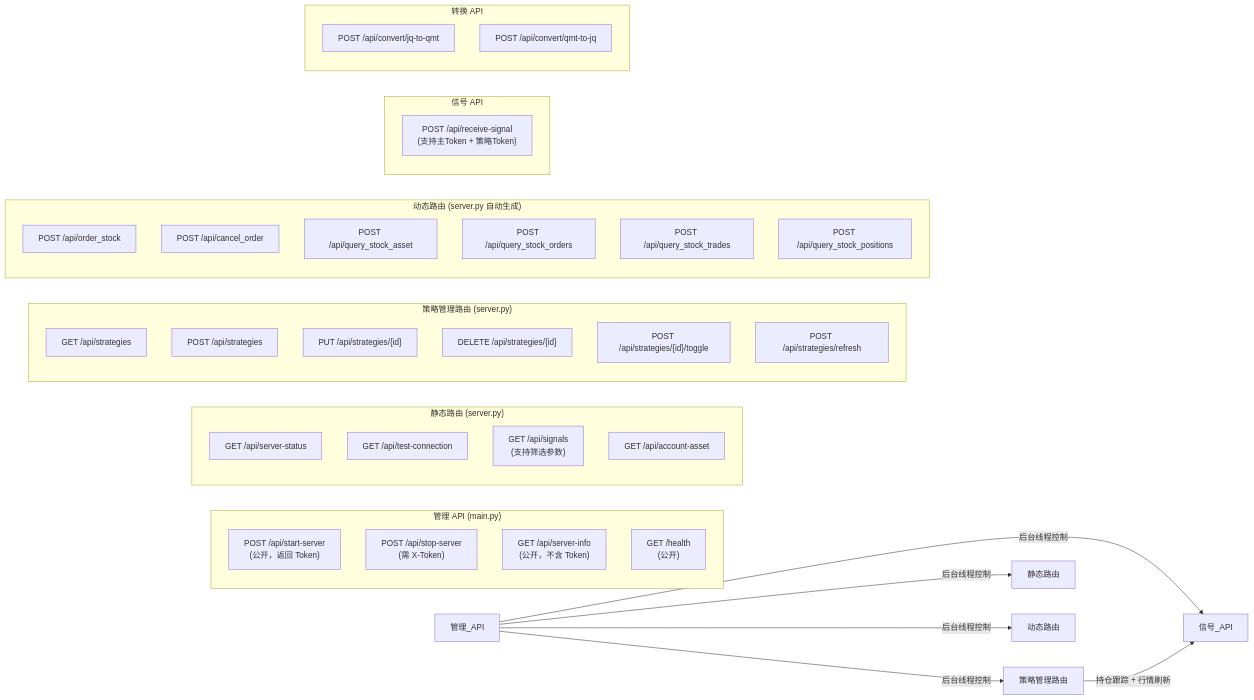
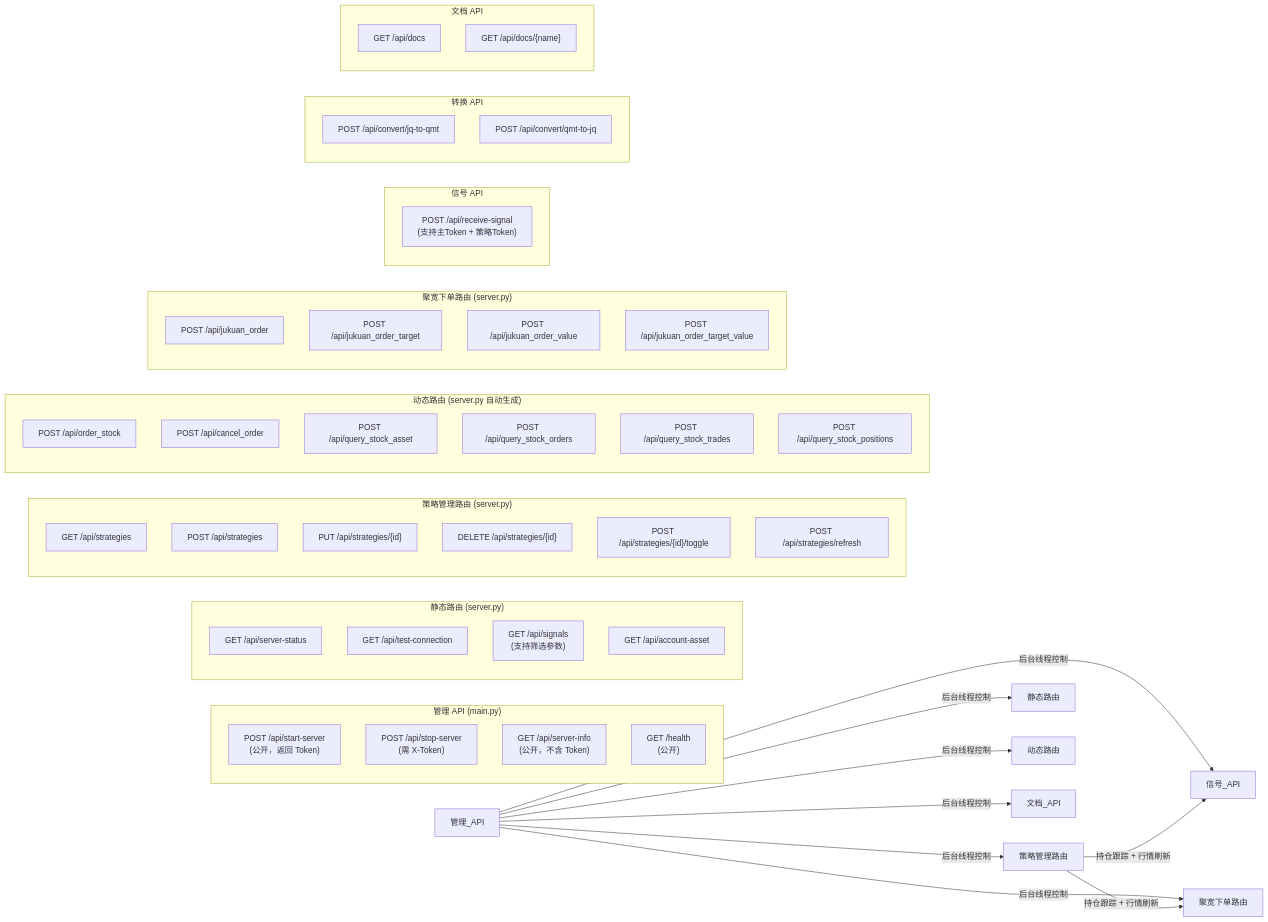
The fifth of 5 diagrams in product-doc/IMPLEMENTATION_PLAN.md (Dada-liu/QMT-Live-Assistant), drawn with Mermaid before and after one commit. The commit also changed other lines of this file, not shown here.

````diff
--- a/product-doc/IMPLEMENTATION_PLAN.md
+++ b/product-doc/IMPLEMENTATION_PLAN.md
@@ -237,49 +293,64 @@
 ```mermaid
 graph LR
     subgraph "管理 API (main.py)"
         START["POST /api/start-server<br/>(公开，返回 Token)"]
         STOP["POST /api/stop-server<br/>(需 X-Token)"]
         INFO["GET /api/server-info<br/>(公开，不含 Token)"]
         HEALTH["GET /health<br/>(公开)"]
     end
 
     subgraph "静态路由 (server.py)"
         STATUS["GET /api/server-status"]
         CONN["GET /api/test-connection"]
         SIGNALS["GET /api/signals<br/>(支持筛选参数)"]
         ASSET["GET /api/account-asset"]
     end
 
     subgraph "策略管理路由 (server.py)"
         S_LIST["GET /api/strategies"]
         S_CREATE["POST /api/strategies"]
         S_UPDATE["PUT /api/strategies/{id}"]
         S_DELETE["DELETE /api/strategies/{id}"]
         S_TOGGLE["POST /api/strategies/{id}/toggle"]
         S_REFRESH["POST /api/strategies/refresh"]
     end
 
     subgraph "动态路由 (server.py 自动生成)"
         D1["POST /api/order_stock"]
         D2["POST /api/cancel_order"]
         D3["POST /api/query_stock_asset"]
         D4["POST /api/query_stock_orders"]
         D5["POST /api/query_stock_trades"]
         D6["POST /api/query_stock_positions"]
     end
 
+    subgraph "聚宽下单路由 (server.py)"
+        JK1["POST /api/jukuan_order"]
+        JK2["POST /api/jukuan_order_target"]
+        JK3["POST /api/jukuan_order_value"]
+        JK4["POST /api/jukuan_order_target_value"]
+    end
+
     subgraph "信号 API"
         RECV["POST /api/receive-signal<br/>(支持主Token + 策略Token)"]
     end
 
     subgraph "转换 API"
         JQ["POST /api/convert/jq-to-qmt"]
         QJ["POST /api/convert/qmt-to-jq"]
     end
 
+    subgraph "文档 API"
+        DOC_LIST["GET /api/docs"]
+        DOC_GET["GET /api/docs/{name}"]
+    end
+
     管理_API -->|"后台线程控制"| 策略管理路由
     管理_API -->|"后台线程控制"| 静态路由
     管理_API -->|"后台线程控制"| 动态路由
     管理_API -->|"后台线程控制"| 信号_API
+    管理_API -->|"后台线程控制"| 聚宽下单路由
+    管理_API -->|"后台线程控制"| 文档_API
     策略管理路由 -->|"持仓跟踪 + 行情刷新"| 信号_API
+    策略管理路由 -->|"持仓跟踪 + 行情刷新"| 聚宽下单路由
 ```
````
